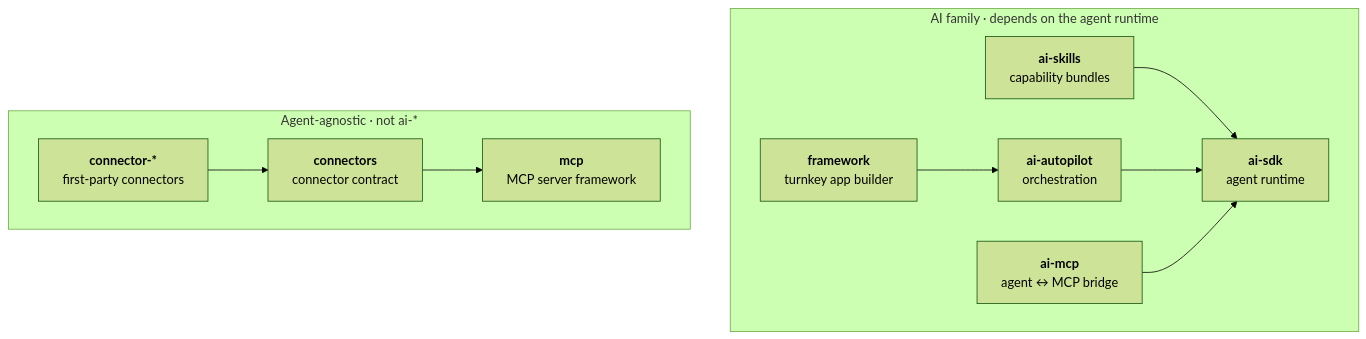
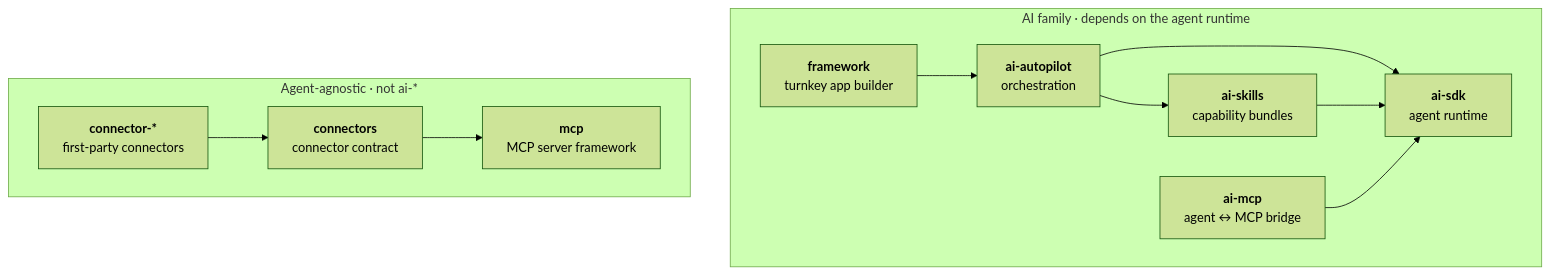
The diagram in README.md (framework/the-framework), drawn with Mermaid (forest theme) before and after one commit. The commit also changed other lines of this file, not shown here.

First line of the commit message:
docs: tighten README and fix dependency graph (#1068)

````diff
--- a/README.md
+++ b/README.md
@@ -77,12 +77,13 @@
 ```mermaid
 graph TD
     subgraph fam["AI family · depends on the agent runtime"]
-        skills["<b>ai-skills</b><br/>capability bundles"] --> sdk["<b>ai-sdk</b><br/>agent runtime"]
-        autopilot["<b>ai-autopilot</b><br/>orchestration"] --> sdk
-        framework["<b>framework</b><br/>turnkey app builder"] --> autopilot
+        framework["<b>framework</b><br/>turnkey app builder"] --> autopilot["<b>ai-autopilot</b><br/>orchestration"]
+        autopilot --> skills["<b>ai-skills</b><br/>capability bundles"]
+        autopilot --> sdk["<b>ai-sdk</b><br/>agent runtime"]
+        skills --> sdk
         aimcp["<b>ai-mcp</b><br/>agent ↔ MCP bridge"] --> sdk
     end
     subgraph agn["Agent-agnostic · not ai-*"]
         connstar["<b>connector-*</b><br/>first-party connectors"] --> connectors["<b>connectors</b><br/>connector contract"] --> mcp["<b>mcp</b><br/>MCP server framework"]
     end
 ```
````
